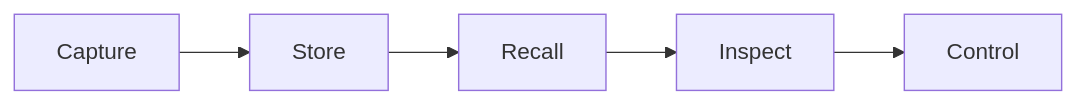
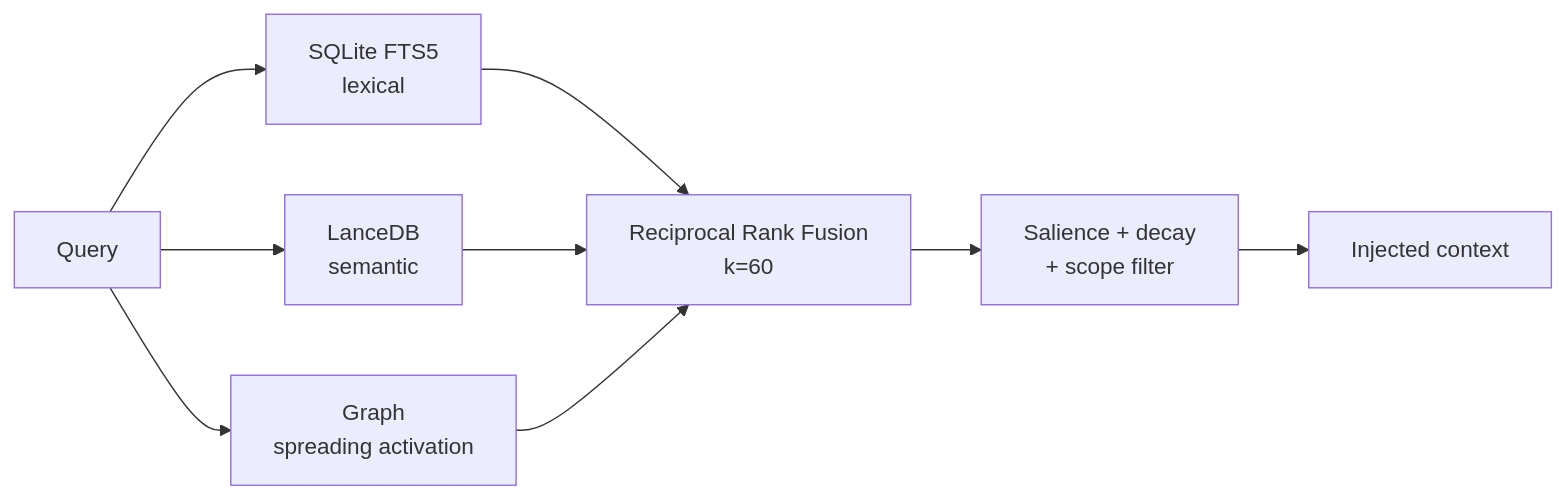
The diagram in README.md (markus-lassfolk/openclaw-hybrid-memory), drawn with Mermaid before and after one commit. The commit also changed other lines of this file, not shown here.

````diff
--- a/README.md
+++ b/README.md
@@ -19,9 +156,11 @@
 ```mermaid
 flowchart LR
-  C[Capture]
-  S[Store]
-  R[Recall]
-  I[Inspect]
-  X[Control]
-  C --> S --> R --> I --> X
+  Q[Query] --> F[SQLite FTS5<br/>lexical]
+  Q --> V[LanceDB<br/>semantic]
+  Q --> G[Graph<br/>spreading activation]
+  F --> R[Reciprocal Rank Fusion<br/>k=60]
+  V --> R
+  G --> R
+  R --> S[Salience + decay<br/>+ scope filter]
+  S --> C[Injected context]
 ```
````
